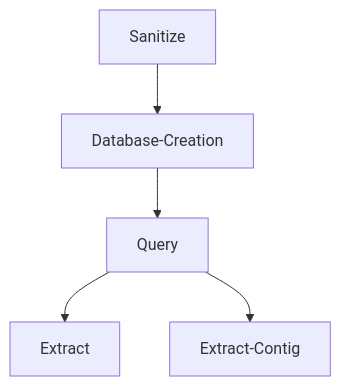
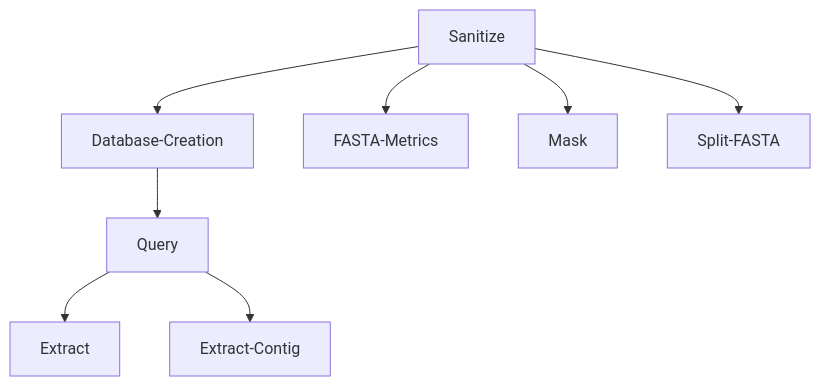
Before and after one commit to ERBringHorvath/SeqForge: the diagram in README.md, drawn with Mermaid.

````diff
--- a/README.md
+++ b/README.md
@@ -79,7 +79,10 @@
 ```mermaid
 graph TD;
     Sanitize-->Database-Creation;
     Database-Creation-->Query;
     Query-->Extract;
     Query-->Extract-Contig;
+    Sanitize-->FASTA-Metrics;
+    Sanitize-->Mask;
+    Sanitize-->Split-FASTA;
 ```
````
